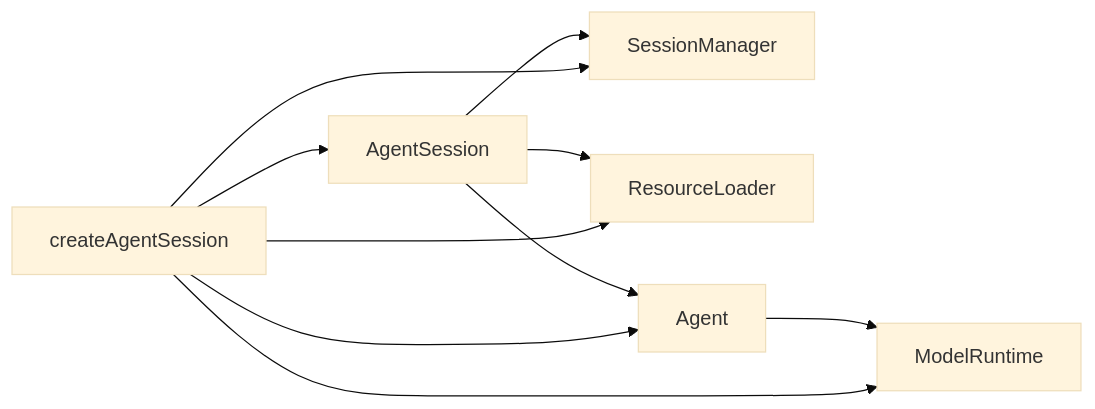
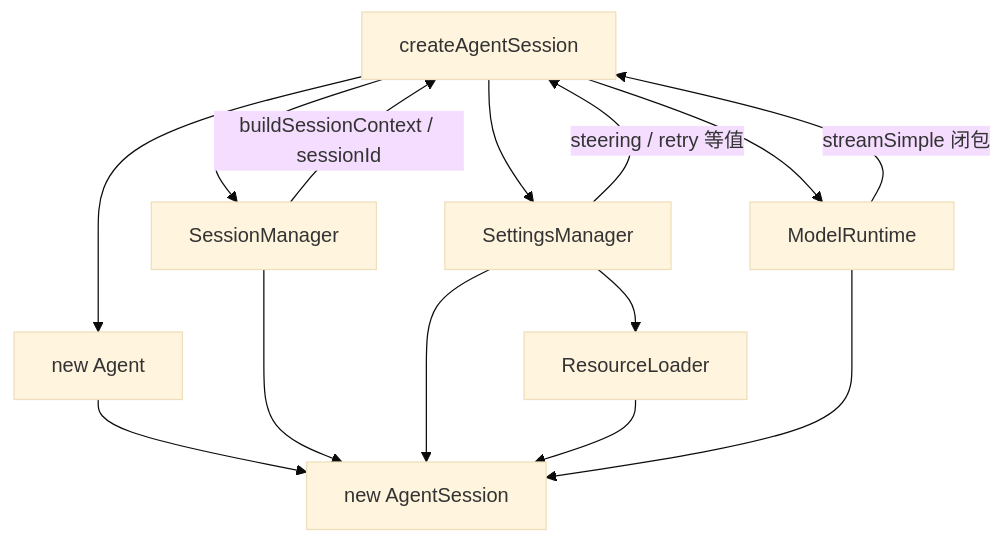
One commit to 7155/pi changed the diagram in course/pi-source-learning/lessons/01-create-agent-session/README.md. Above: the diagram before and after it, drawn with Mermaid (base theme). The commit also changed other lines of this file, not shown here.

Commit message:
course: clarify Pi SDK composition and dependency flow

````diff
--- a/course/pi-source-learning/lessons/01-create-agent-session/README.md
+++ b/course/pi-source-learning/lessons/01-create-agent-session/README.md
@@ -117,12 +94,19 @@
 ```mermaid
-flowchart LR
+flowchart TD
     SDK[createAgentSession] --> MR[ModelRuntime]
+    SDK --> SET[SettingsManager]
     SDK --> SM[SessionManager]
-    SDK --> RL[ResourceLoader]
-    SDK --> A[Agent]
-    SDK --> AS[AgentSession]
-    AS --> A
-    AS --> SM
-    AS --> RL
-    A --> MR
+    SET --> RL[ResourceLoader]
+
+    SM -->|buildSessionContext / sessionId| SDK
+    SET -->|steering / retry 等值| SDK
+    MR -->|streamSimple 闭包| SDK
+
+    SDK --> A[new Agent]
+
+    A --> AS[new AgentSession]
+    SM --> AS
+    SET --> AS
+    RL --> AS
+    MR --> AS
 ```
````
